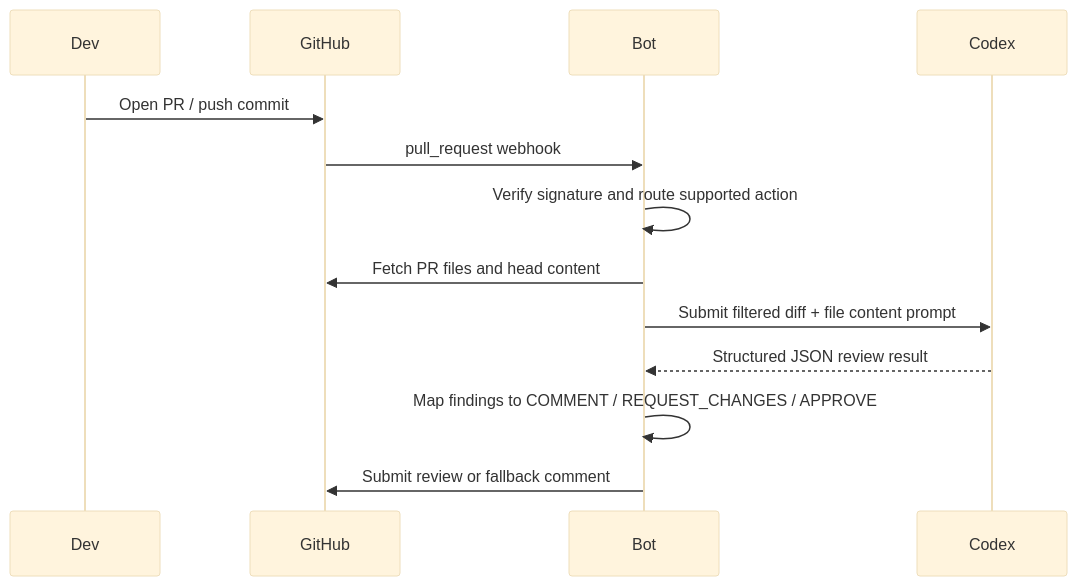
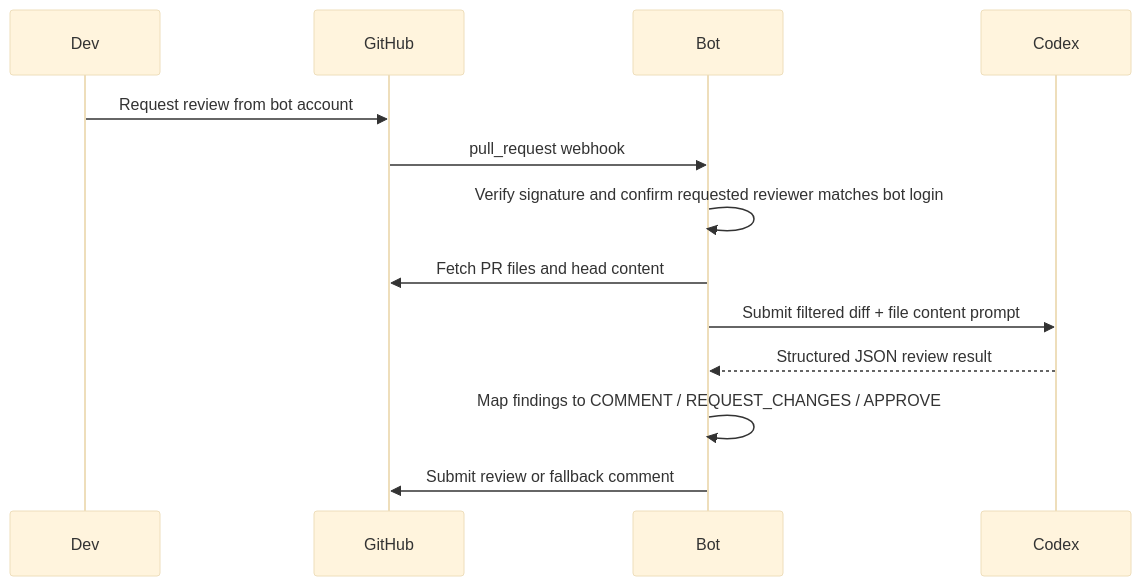
The second of 2 diagrams in docs/architecture.md (tungxuan1656/tx10-bot-gh-review), drawn with Mermaid (base theme) before and after one commit. The commit also changed other lines of this file and 15 other files, not shown here.

First line of the commit message:
feat(review): implement GitHub machine-user review bot with webhook support

````diff
--- a/docs/architecture.md
+++ b/docs/architecture.md
@@ -23,16 +23,16 @@
 ```mermaid
 sequenceDiagram
   participant Dev
   participant GitHub
   participant Bot
   participant Codex
 
-  Dev->>GitHub: Open PR / push commit
+  Dev->>GitHub: Request review from bot account
   GitHub->>Bot: pull_request webhook
-  Bot->>Bot: Verify signature and route supported action
+  Bot->>Bot: Verify signature and confirm requested reviewer matches bot login
   Bot->>GitHub: Fetch PR files and head content
   Bot->>Codex: Submit filtered diff + file content prompt
   Codex-->>Bot: Structured JSON review result
   Bot->>Bot: Map findings to COMMENT / REQUEST_CHANGES / APPROVE
   Bot->>GitHub: Submit review or fallback comment
 ```
````
